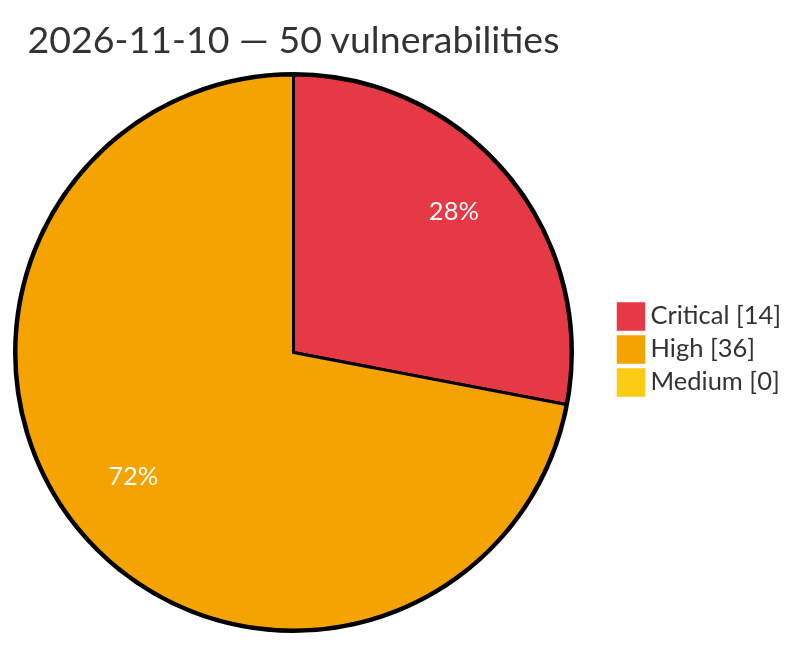
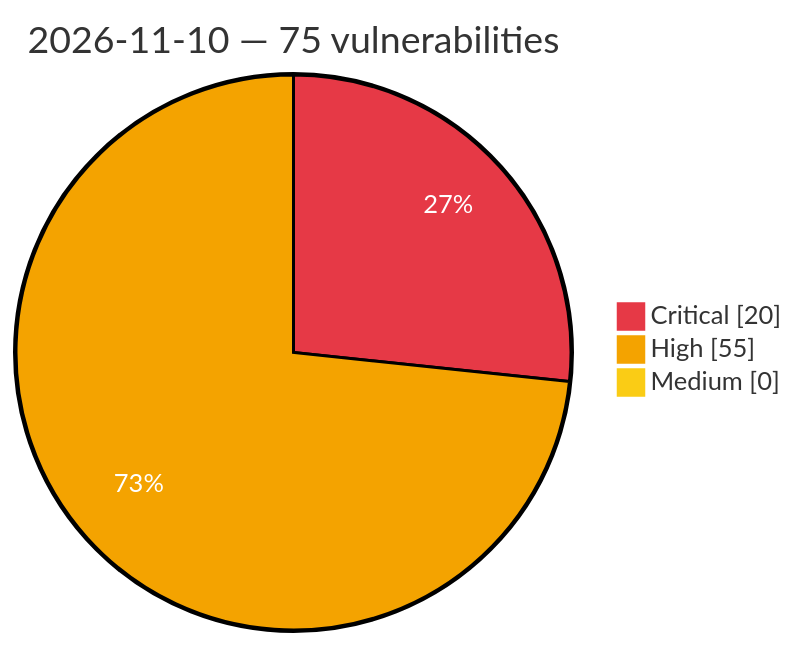
The diagram in vulnerabilities/2026/November/2026-11-10.md (GhostX0X/vuln-tracker), drawn with Mermaid before and after one commit. The commit also changed other lines of this file and 5 other files, not shown here.

Commit message:
Auto update: critical/high vulns (2026-11-10 18:05 UTC)

````diff
--- a/vulnerabilities/2026/November/2026-11-10.md
+++ b/vulnerabilities/2026/November/2026-11-10.md
@@ -3,8 +3,8 @@
 ```mermaid
 %%{init: {'theme':'base', 'themeVariables': {'pie1':'#e63946', 'pie2':'#f4a300', 'pie3':'#facc15', 'pieOpacity':'1', 'pieOuterStrokeWidth':'2px', 'pieSectionTextColor':'#ffffff'}}}%%
 pie showData
-    title 2026-11-10 — 50 vulnerabilities
-    "Critical" : 14
-    "High" : 36
+    title 2026-11-10 — 75 vulnerabilities
+    "Critical" : 20
+    "High" : 55
     "Medium" : 0
 ```
````
